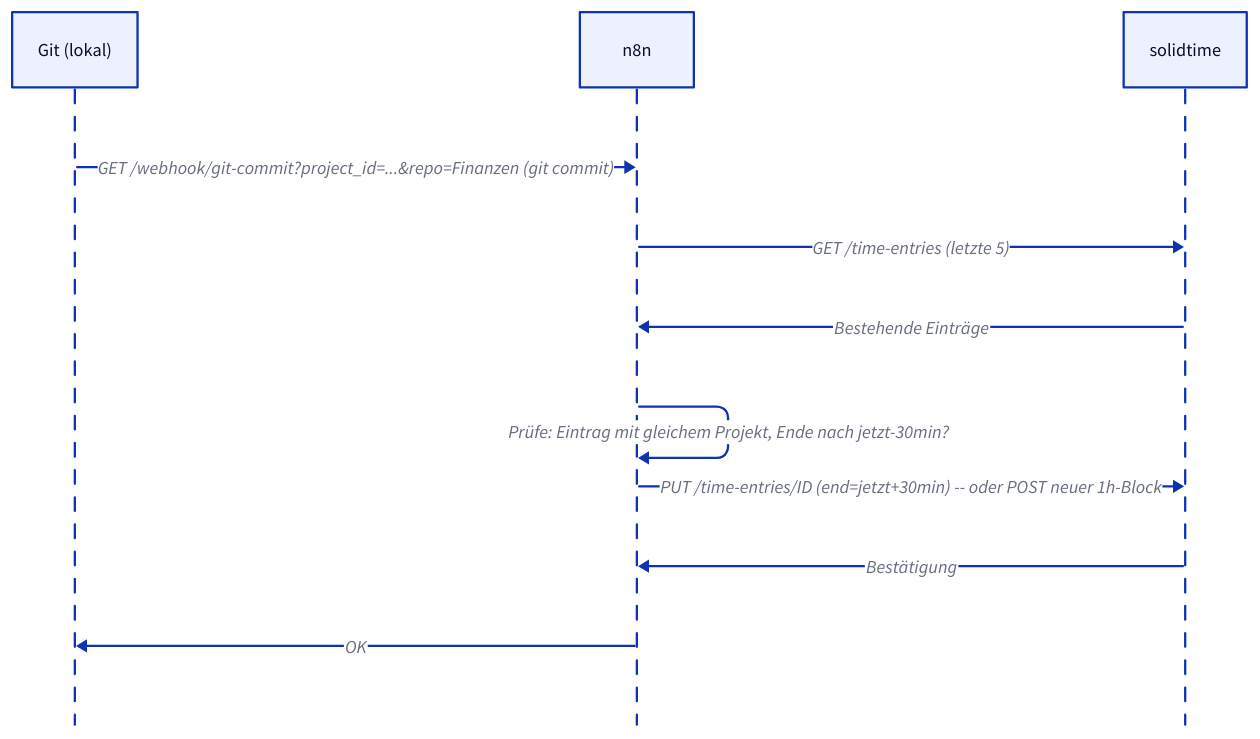
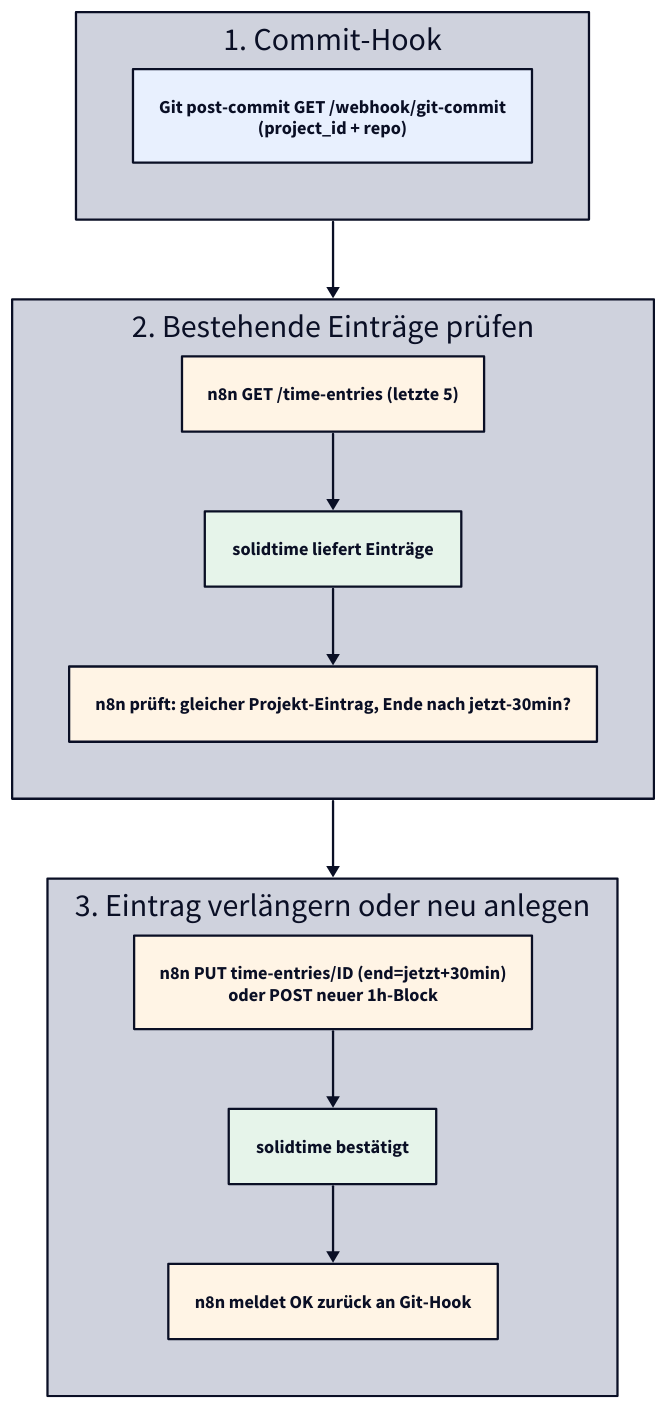
The third of 3 diagrams in docs/zeiterfassung/index.md (derever-labs/homelab-wiki), drawn with D2 before and after one commit. The commit also changed other lines of this file and 3 other files, not shown here.

Commit message:
refactor(diagrams): Sequence-Diagramme auf ELK-Classes umstellen

````diff
--- a/docs/zeiterfassung/index.md
+++ b/docs/zeiterfassung/index.md
@@ -140,17 +157,36 @@
 ```d2
-shape: sequence_diagram
+vars: {
+  d2-config: {
+    theme-id: 1
+    layout-engine: elk
+  }
+}
 
-"Git (lokal)"
-n8n
-solidtime
+direction: down
 
-"Git (lokal)" -> n8n: "GET /webhook/git-commit?project_id=...&repo=Finanzen (git commit)"
-n8n -> solidtime: GET /time-entries (letzte 5)
-solidtime -> n8n: Bestehende Einträge
+classes: {
+  git: { style.fill: "#e8f0fe" }
+  n8n: { style.fill: "#fff4e5" }
+  solid: { style.fill: "#e6f4ea" }
+}
 
-n8n -> n8n: "Prüfe: Eintrag mit gleichem Projekt, Ende nach jetzt-30min?"
-n8n -> solidtime: "PUT /time-entries/ID (end=jetzt+30min) -- oder POST neuer 1h-Block"
-solidtime -> n8n: Bestätigung
+trigger: 1. Commit-Hook {
+  hook: "Git post-commit GET /webhook/git-commit\n(project_id + repo)" { class: git }
+}
 
-n8n -> "Git (lokal)": OK
+fetch: 2. Bestehende Einträge prüfen {
+  get: "n8n GET /time-entries (letzte 5)" { class: n8n }
+  list: "solidtime liefert Einträge" { class: solid }
+  check: "n8n prüft: gleicher Projekt-Eintrag, Ende nach jetzt-30min?" { class: n8n }
+  get -> list -> check
+}
+
+write: 3. Eintrag verlängern oder neu anlegen {
+  put: "n8n PUT time-entries/ID (end=jetzt+30min)\noder POST neuer 1h-Block" { class: n8n }
+  ack: "solidtime bestätigt" { class: solid }
+  ok: "n8n meldet OK zurück an Git-Hook" { class: n8n }
+  put -> ack -> ok
+}
+
+trigger -> fetch -> write
 ```
````
